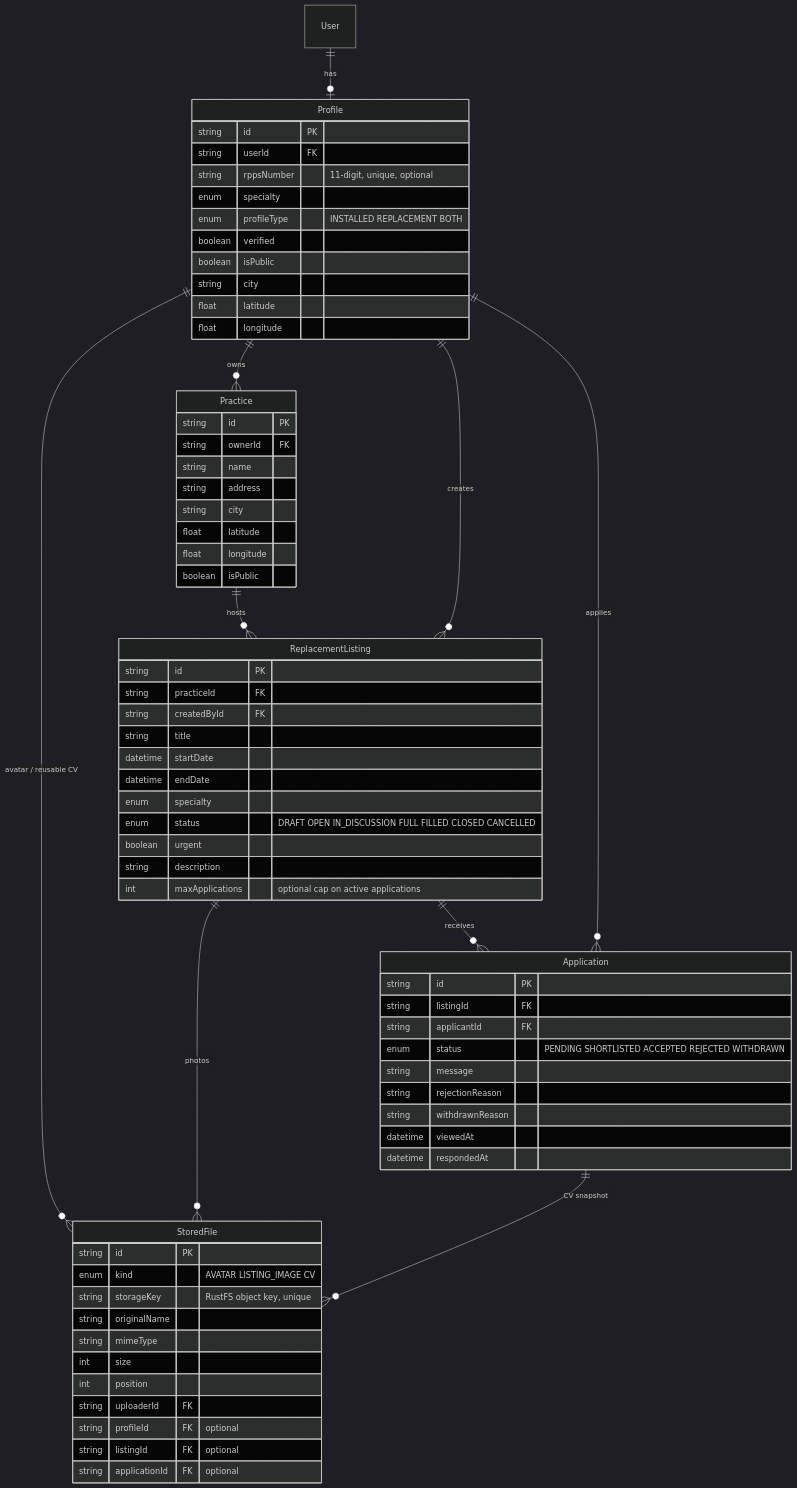
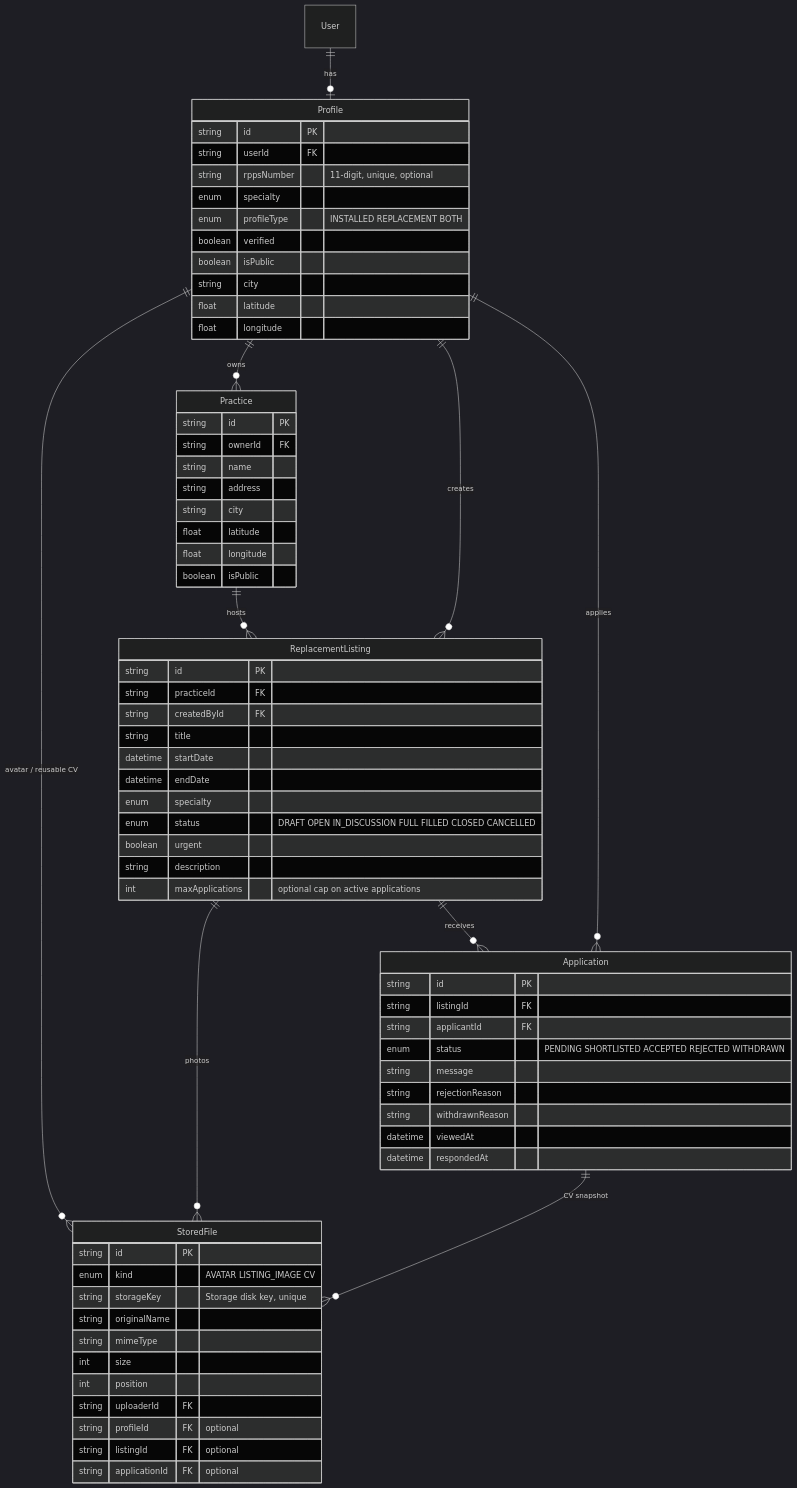
Before and after one commit to lellis-group/kineo-nest-backend: the second of 6 diagrams in README.md, drawn with Mermaid (dark theme). The commit also changed other lines of this file, not shown here.

Commit message:
docs: describe the official storage drivers

````diff
--- a/README.md
+++ b/README.md
@@ -104,76 +104,76 @@
 ```mermaid
 erDiagram
     User ||--o| Profile : "has"
     Profile ||--o{ Practice : "owns"
     Practice ||--o{ ReplacementListing : "hosts"
     Profile ||--o{ ReplacementListing : "creates"
     ReplacementListing ||--o{ Application : "receives"
     Profile ||--o{ Application : "applies"
     Profile ||--o{ StoredFile : "avatar / reusable CV"
     ReplacementListing ||--o{ StoredFile : "photos"
     Application ||--o{ StoredFile : "CV snapshot"
 
     StoredFile {
         string id PK
         enum kind "AVATAR LISTING_IMAGE CV"
-        string storageKey "RustFS object key, unique"
+        string storageKey "Storage disk key, unique"
         string originalName
         string mimeType
         int size
         int position
         string uploaderId FK
         string profileId FK "optional"
         string listingId FK "optional"
         string applicationId FK "optional"
     }
 
     Profile {
         string id PK
         string userId FK
         string rppsNumber "11-digit, unique, optional"
         enum specialty
         enum profileType "INSTALLED REPLACEMENT BOTH"
         boolean verified
         boolean isPublic
         string city
         float latitude
         float longitude
     }
 
     Practice {
         string id PK
         string ownerId FK
         string name
         string address
         string city
         float latitude
         float longitude
         boolean isPublic
     }
 
     ReplacementListing {
         string id PK
         string practiceId FK
         string createdById FK
         string title
         datetime startDate
         datetime endDate
         enum specialty
         enum status "DRAFT OPEN IN_DISCUSSION FULL FILLED CLOSED CANCELLED"
         boolean urgent
         string description
         int maxApplications "optional cap on active applications"
     }
 
     Application {
         string id PK
         string listingId FK
         string applicantId FK
         enum status "PENDING SHORTLISTED ACCEPTED REJECTED WITHDRAWN"
         string message
         string rejectionReason
         string withdrawnReason
         datetime viewedAt
         datetime respondedAt
     }
 ```
````
